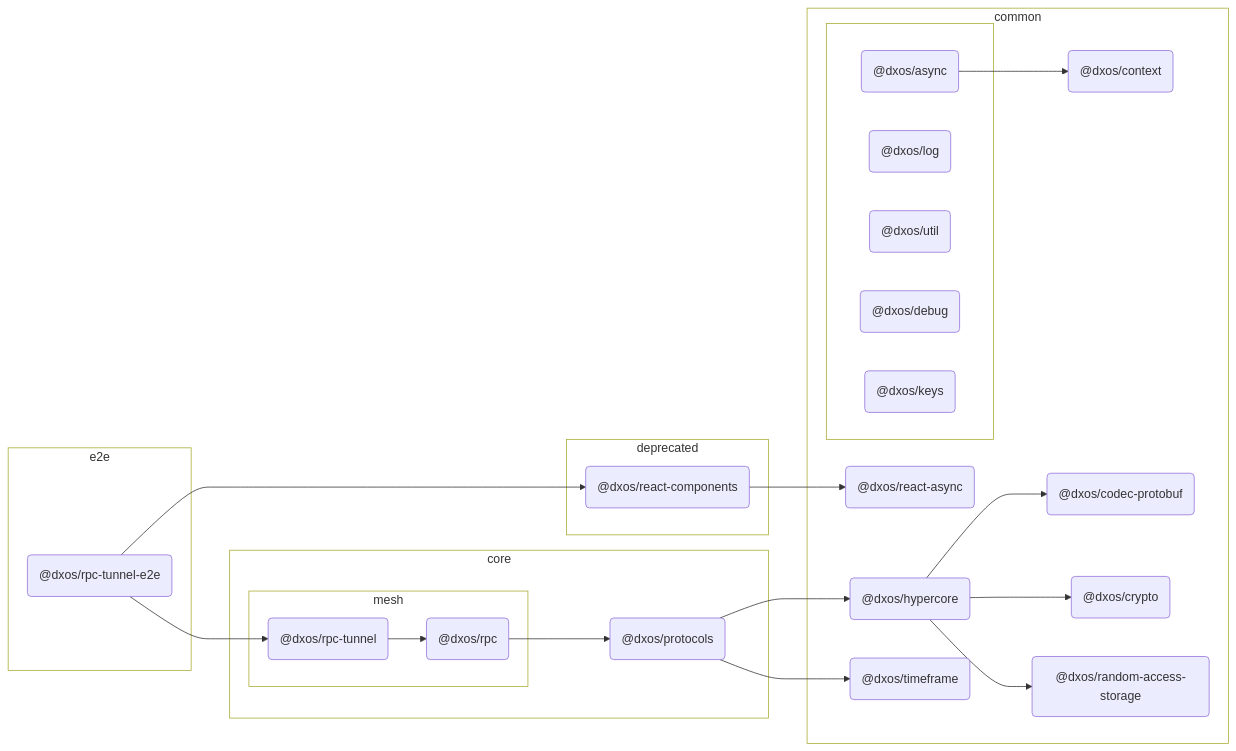
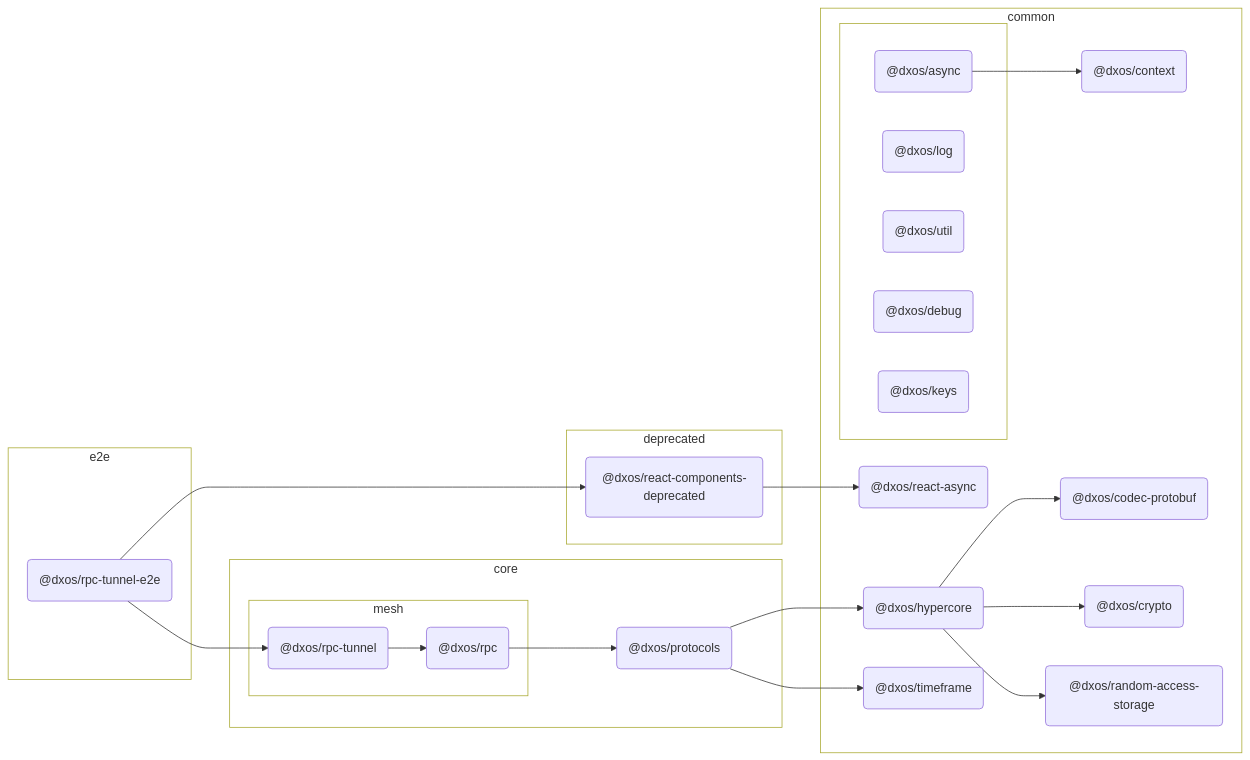
The diagram in packages/e2e/rpc-tunnel-e2e/docs/README.md (dxos/dxos), drawn with Mermaid before and after one commit. The commit also changed 268 other files, not shown here.

Commit message:
Append '-deprecated' to the old `react-components`. Rename `react-ui` to `react-components`. Move `react-uikit` to packages/apps/patterns. Remove references to `react-uikit`.

````diff
--- a/packages/e2e/rpc-tunnel-e2e/docs/README.md
+++ b/packages/e2e/rpc-tunnel-e2e/docs/README.md
@@ -7,82 +7,82 @@
 ```mermaid
 %%{ init: {'flowchart':{'curve':'basis'}} }%%
 
 flowchart LR
 
 %% Classes
 
 
 
 %% Nodes
 
 subgraph e2e [e2e]
   style e2e fill:transparent
   dxos/rpc-tunnel-e2e("@dxos/rpc-tunnel-e2e"):::root
   click dxos/rpc-tunnel-e2e "dxos/dxos/tree/main/packages/e2e/rpc-tunnel-e2e/docs"
 end
 
 subgraph common [common]
   style common fill:transparent
   dxos/context("@dxos/context"):::def
   click dxos/context "dxos/dxos/tree/main/packages/common/context/docs"
   dxos/codec-protobuf("@dxos/codec-protobuf"):::def
   click dxos/codec-protobuf "dxos/dxos/tree/main/packages/common/codec-protobuf/docs"
   dxos/hypercore("@dxos/hypercore"):::def
   click dxos/hypercore "dxos/dxos/tree/main/packages/common/hypercore/docs"
   dxos/crypto("@dxos/crypto"):::def
   click dxos/crypto "dxos/dxos/tree/main/packages/common/crypto/docs"
   dxos/random-access-storage("@dxos/random-access-storage"):::def
   click dxos/random-access-storage "dxos/dxos/tree/main/packages/common/random-access-storage/docs"
   dxos/timeframe("@dxos/timeframe"):::def
   click dxos/timeframe "dxos/dxos/tree/main/packages/common/timeframe/docs"
   dxos/react-async("@dxos/react-async"):::def
   click dxos/react-async "dxos/dxos/tree/main/packages/common/react-async/docs"
 
   subgraph _ [ ]
     style _ fill:transparent
     dxos/async("@dxos/async"):::def
     click dxos/async "dxos/dxos/tree/main/packages/common/async/docs"
     dxos/log("@dxos/log"):::def
     click dxos/log "dxos/dxos/tree/main/packages/common/log/docs"
     dxos/util("@dxos/util"):::def
     click dxos/util "dxos/dxos/tree/main/packages/common/util/docs"
     dxos/debug("@dxos/debug"):::def
     click dxos/debug "dxos/dxos/tree/main/packages/common/debug/docs"
     dxos/keys("@dxos/keys"):::def
     click dxos/keys "dxos/dxos/tree/main/packages/common/keys/docs"
   end
 end
 
 subgraph core [core]
   style core fill:transparent
   dxos/protocols("@dxos/protocols"):::def
   click dxos/protocols "dxos/dxos/tree/main/packages/core/protocols/docs"
 
   subgraph mesh [mesh]
     style mesh fill:transparent
     dxos/rpc("@dxos/rpc"):::def
     click dxos/rpc "dxos/dxos/tree/main/packages/core/mesh/rpc/docs"
     dxos/rpc-tunnel("@dxos/rpc-tunnel"):::def
     click dxos/rpc-tunnel "dxos/dxos/tree/main/packages/core/mesh/rpc-tunnel/docs"
   end
 end
 
 subgraph deprecated [deprecated]
   style deprecated fill:transparent
-  dxos/react-components("@dxos/react-components"):::def
+  dxos/react-components("@dxos/react-components-deprecated"):::def
   click dxos/react-components "dxos/dxos/tree/main/packages/deprecated/react-components/docs"
 end
 
 %% Links
 dxos/async --> dxos/context
 dxos/protocols --> dxos/hypercore
 dxos/hypercore --> dxos/codec-protobuf
 dxos/hypercore --> dxos/crypto
 dxos/hypercore --> dxos/random-access-storage
 dxos/protocols --> dxos/timeframe
 dxos/rpc-tunnel-e2e --> dxos/react-components
 dxos/react-components --> dxos/react-async
 dxos/rpc --> dxos/protocols
 dxos/rpc-tunnel-e2e --> dxos/rpc-tunnel
 dxos/rpc-tunnel --> dxos/rpc
 ```
````
